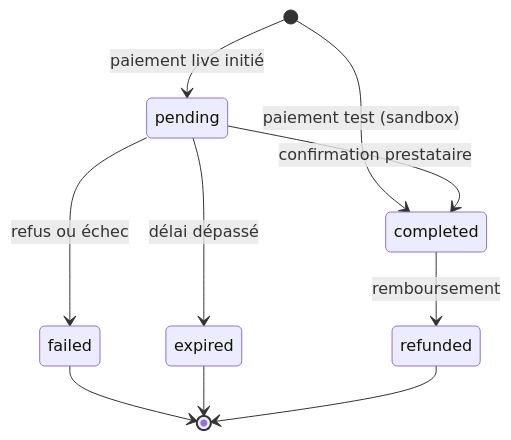
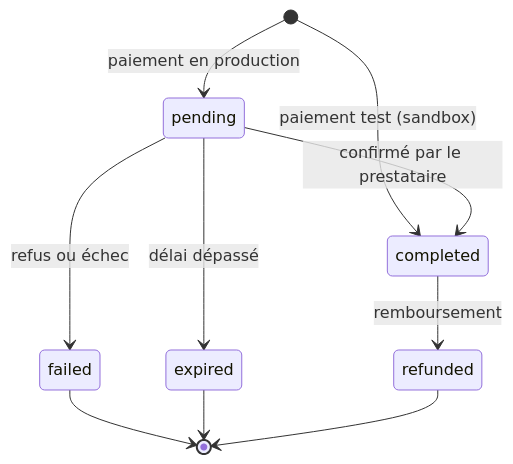
The diagram in apps/docs/content/docs/api/payment-state-machine.fr.mdx (alphajoop/lomi), drawn with Mermaid before and after one commit. The commit also changed other lines of this file and 224 other files, not shown here.

````diff
--- a/apps/docs/content/docs/api/payment-state-machine.fr.mdx
+++ b/apps/docs/content/docs/api/payment-state-machine.fr.mdx
@@ -13,12 +13,12 @@
 ```mermaid
 stateDiagram-v2
-  [*] --> pending: paiement live initié
+  [*] --> pending: paiement en production
   [*] --> completed: paiement test (sandbox)
-  pending --> completed: confirmation prestataire
+  pending --> completed: confirmé par le prestataire
   pending --> failed: refus ou échec
   pending --> expired: délai dépassé
   completed --> refunded: remboursement
   failed --> [*]
   expired --> [*]
   refunded --> [*]
 ```
````
